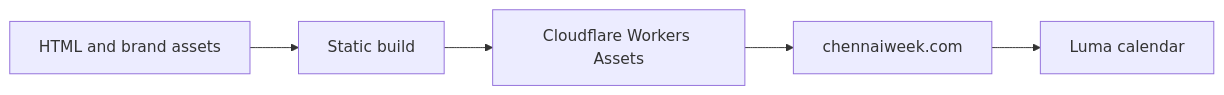
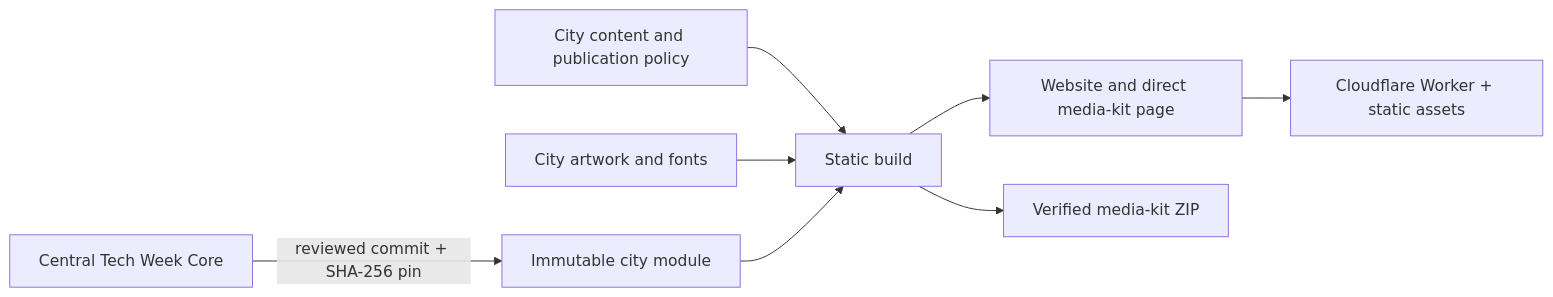
One commit to chennaitechweek/website changed the diagram in README.md. Above: the diagram before and after it, drawn with Mermaid. The commit also changed other lines of this file and 46 other files, not shown here.

Commit message:
Refresh city identity with pinned shared Core and tested media kit

````diff
--- a/README.md
+++ b/README.md
@@ -21,7 +9,10 @@
 ```mermaid
 flowchart LR
-  Source[HTML and brand assets] --> Build[Static build]
-  Build --> Edge[Cloudflare Workers Assets]
-  Edge --> Site[chennaiweek.com]
-  Site --> Calendar[Luma calendar]
+  Core[Central Tech Week Core] -->|reviewed commit + SHA-256 pin| Vendor[Immutable city module]
+  Config[City content and publication policy] --> Build[Static build]
+  Brand[City artwork and fonts] --> Build
+  Vendor --> Build
+  Build --> Site[Website and direct media-kit page]
+  Build --> Kit[Verified media-kit ZIP]
+  Site --> Cloudflare[Cloudflare Worker + static assets]
 ```
````
